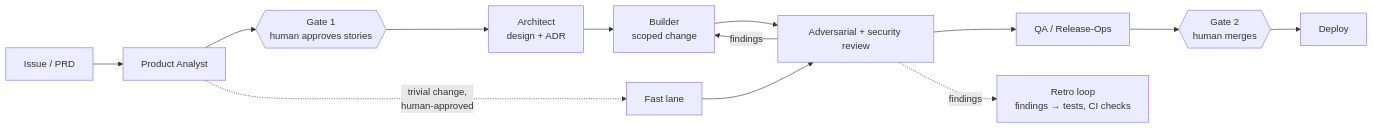
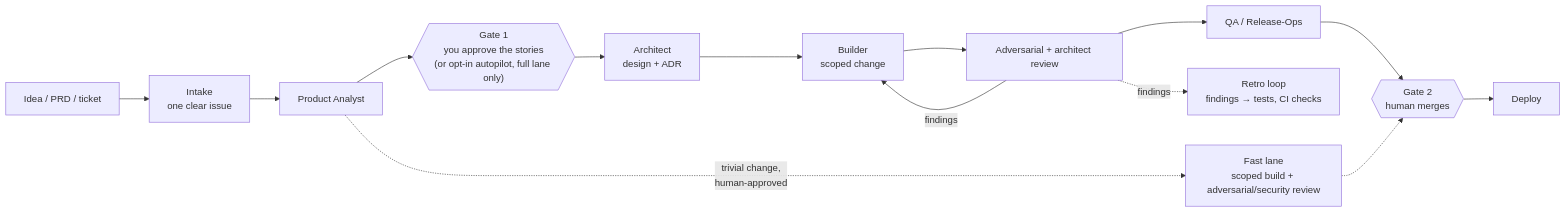
The diagram in README.md (juanjtov/adlc-pipeline), drawn with Mermaid before and after one commit. The commit also changed other lines of this file and 3 other files, not shown here.

````diff
--- a/README.md
+++ b/README.md
@@ -13,14 +13,15 @@
 ```mermaid
 flowchart LR
-    I[Issue / PRD] --> A[Product Analyst]
-    A --> G1{{Gate 1<br/>human approves stories}}
+    I[Idea / PRD / ticket] --> N[Intake<br/>one clear issue]
+    N --> A[Product Analyst]
+    A --> G1{{"Gate 1<br/>you approve the stories<br/>(or opt-in autopilot, full lane only)"}}
     G1 --> R[Architect<br/>design + ADR]
     R --> B[Builder<br/>scoped change]
-    B --> V[Adversarial + security review]
+    B --> V[Adversarial + architect review]
     V -->|findings| B
     V --> Q[QA / Release-Ops]
     Q --> G2{{Gate 2<br/>human merges}}
     G2 --> D[Deploy]
-    A -.->|trivial change,<br/>human-approved| F[Fast lane] --> V
+    A -.->|trivial change,<br/>human-approved| F["Fast lane<br/>scoped build + adversarial/security review"] -.-> G2
     V -. findings .-> RT[Retro loop<br/>findings → tests, CI checks]
 ```
````
